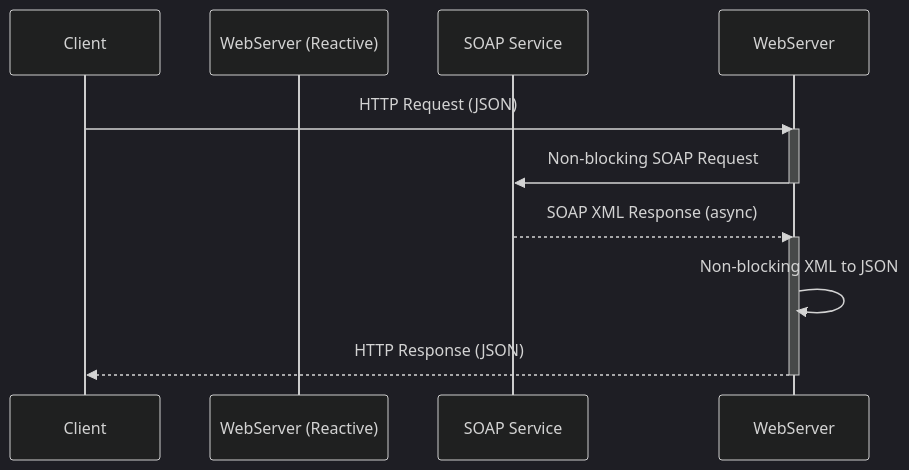
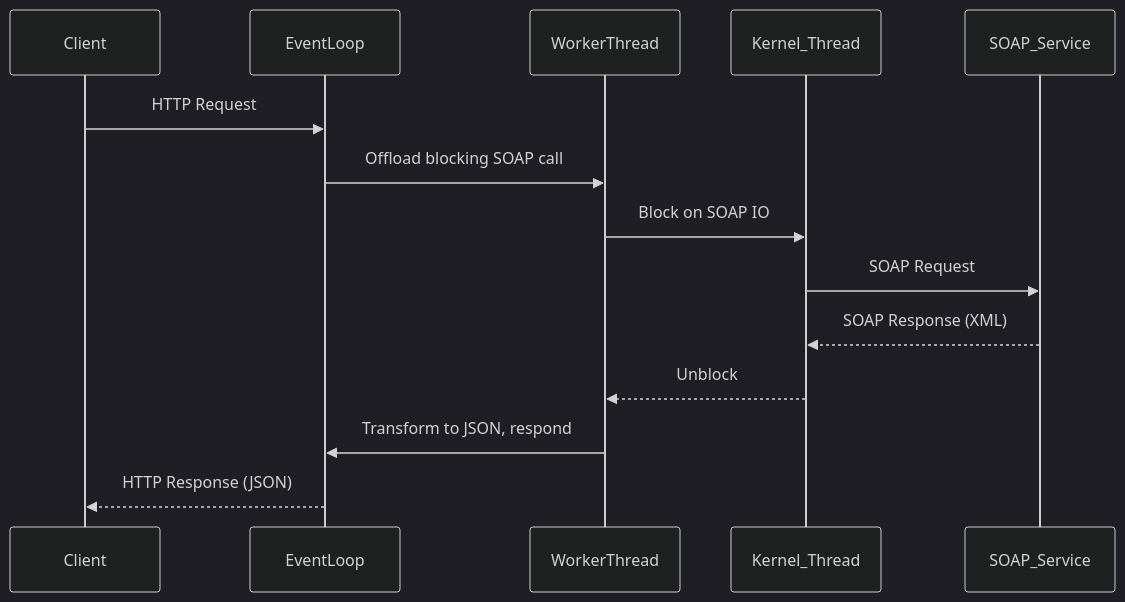
The second of 6 diagrams in README.md (sonuprajapati15/Web-frameworks), drawn with Mermaid (dark theme) before and after one commit. The commit also changed other lines of this file, not shown here.

````diff
--- a/README.md
+++ b/README.md
@@ -221,16 +199,17 @@
 ```mermaid
 sequenceDiagram
     participant Client
-    participant WebServer (Reactive)
-    participant SOAP Service
+    participant EventLoop
+    participant WorkerThread
+    participant Kernel_Thread
+    participant SOAP_Service
 
-    Client->>WebServer: HTTP Request (JSON)
-    activate WebServer
-    WebServer->>SOAP Service: Non-blocking SOAP Request
-    deactivate WebServer
-    SOAP Service-->>WebServer: SOAP XML Response (async)
-    activate WebServer
-    WebServer->>WebServer: Non-blocking XML to JSON
-    WebServer-->>Client: HTTP Response (JSON)
-    deactivate WebServer
+    Client->>EventLoop: HTTP Request
+    EventLoop->>WorkerThread: Offload blocking SOAP call
+    WorkerThread->>Kernel_Thread: Block on SOAP IO
+    Kernel_Thread->>SOAP_Service: SOAP Request
+    SOAP_Service-->>Kernel_Thread: SOAP Response (XML)
+    Kernel_Thread-->>WorkerThread: Unblock
+    WorkerThread->>EventLoop: Transform to JSON, respond
+    EventLoop-->>Client: HTTP Response (JSON)
 ```
````
